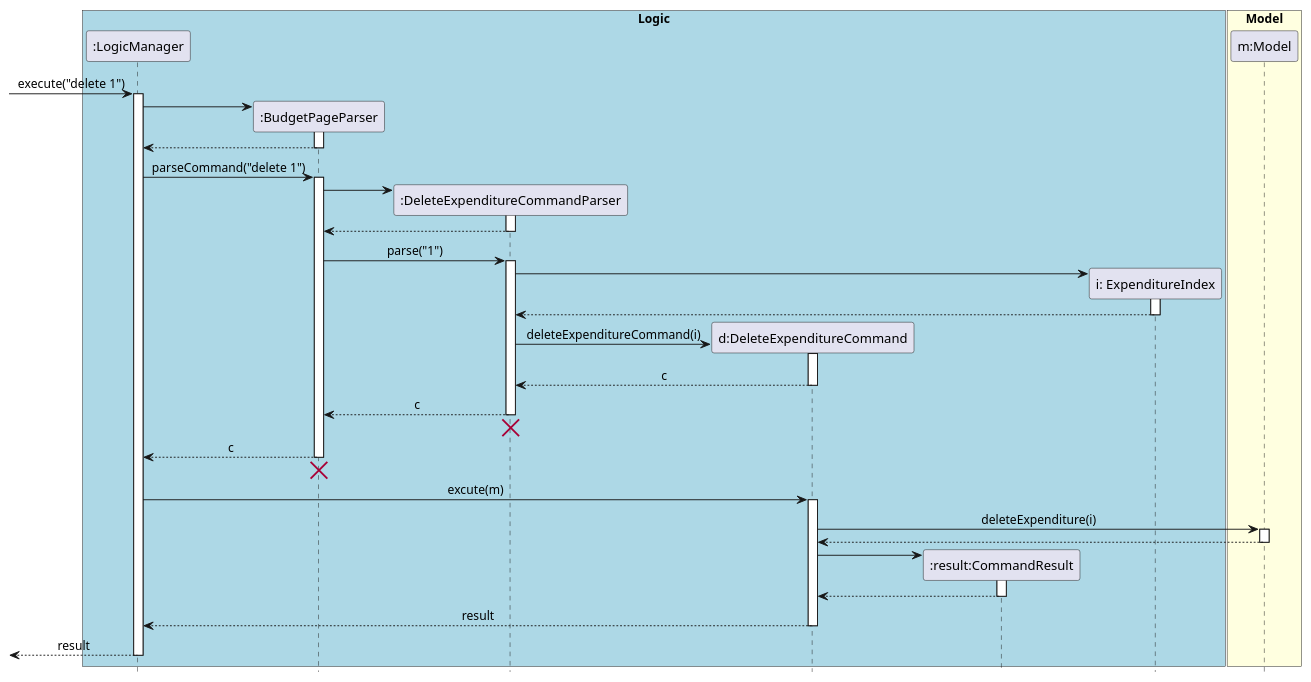
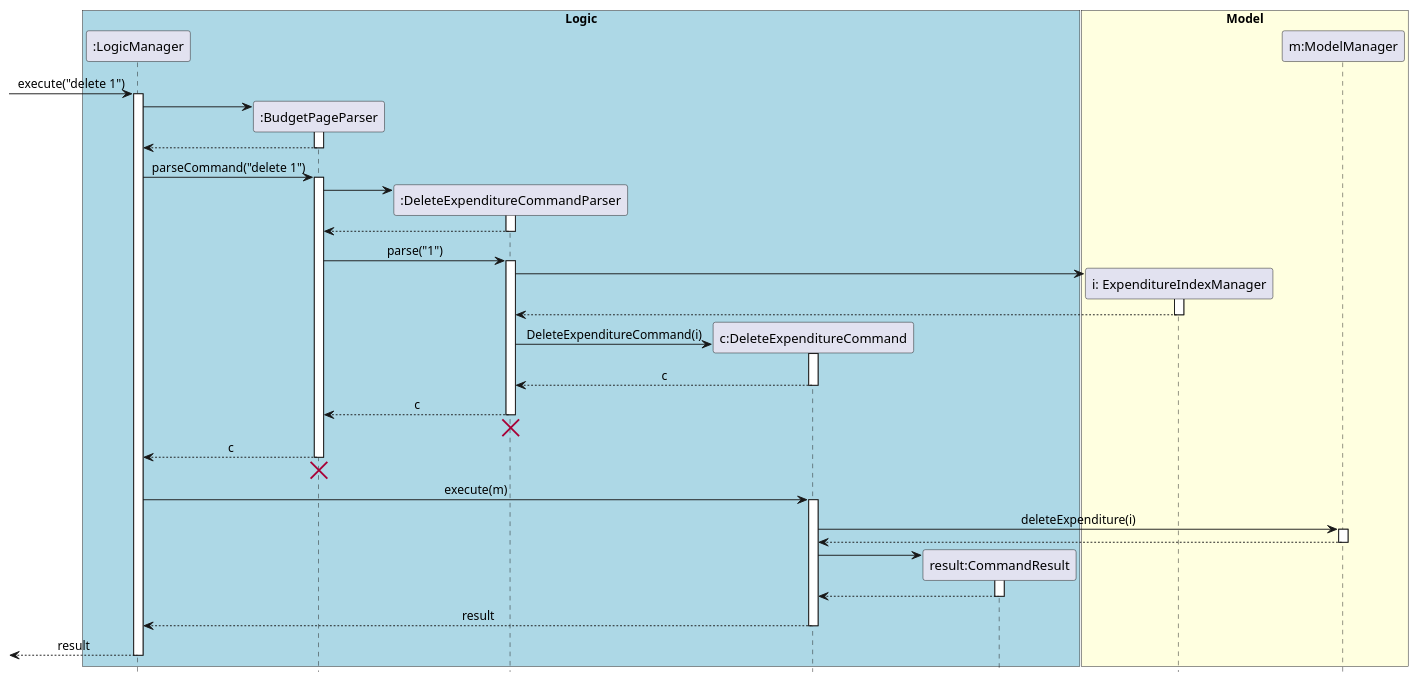
One commit to yu-ming-chen/tp changed the diagram in docs/diagrams/commandsPlantUML/DeleteExpenditureCommand.puml. Above: the diagram before and after it, drawn with PlantUML. The commit also changed 35 other files, not shown here.

Commit message:
Update Diagrams

```diff
--- a/docs/diagrams/commandsPlantUML/DeleteExpenditureCommand.puml
+++ b/docs/diagrams/commandsPlantUML/DeleteExpenditureCommand.puml
@@ -1,77 +1,77 @@
 @startuml
 skinparam Sequence {
     MessageAlign center
 }
 hide footbox
 box "Logic" #LightBlue
 participant ":LogicManager" as LM
 participant ":BudgetPageParser" as BPP
 participant ":DeleteExpenditureCommandParser" as DECP
-participant "d:DeleteExpenditureCommand" as DEC
-participant ":result:CommandResult" as CR
-participant "i: ExpenditureIndex" as EI
+participant "c:DeleteExpenditureCommand" as DEC
+participant "result:CommandResult" as CR
 end box
 
 box "Model" #LightYellow
-participant "m:Model" as M
+participant "i: ExpenditureIndexManager" as EI
+participant "m:ModelManager" as M
 end box
 
 [-> LM : execute("delete 1")
 activate LM
 create BPP
 LM -> BPP
 activate BPP
 LM <-- BPP
 
 deactivate BPP
 LM -> BPP : parseCommand("delete 1")
 activate BPP
 
 create DECP
 BPP -> DECP
 activate DECP
 BPP <-- DECP
 deactivate DECP
 BPP -> DECP : parse("1")
 activate DECP
 
 create EI
 DECP -> EI
 activate EI
 DECP <-- EI
 deactivate EI
 
 create DEC
-DECP -> DEC : deleteExpenditureCommand(i)
+DECP -> DEC : DeleteExpenditureCommand(i)
 activate DEC
 DECP <-- DEC : c
 deactivate DEC
 BPP <-- DECP : c
 deactivate DECP
 BPP <-[hidden]- DECP
 destroy DECP
 
 
 LM <-- BPP : c
 deactivate BPP
 LM <-[hidden]- BPP
 destroy BPP
 
-LM -> DEC : excute(m)
+LM -> DEC : execute(m)
 activate DEC
 DEC -> M : deleteExpenditure(i)
 activate M
 DEC <-- M
 deactivate M
 
 create CR
 DEC -> CR
 activate CR
 DEC <-- CR
 deactivate CR
 
 LM <-- DEC : result
 deactivate DEC
 [<-- LM : result
 deactivate LM
 @enduml
```
